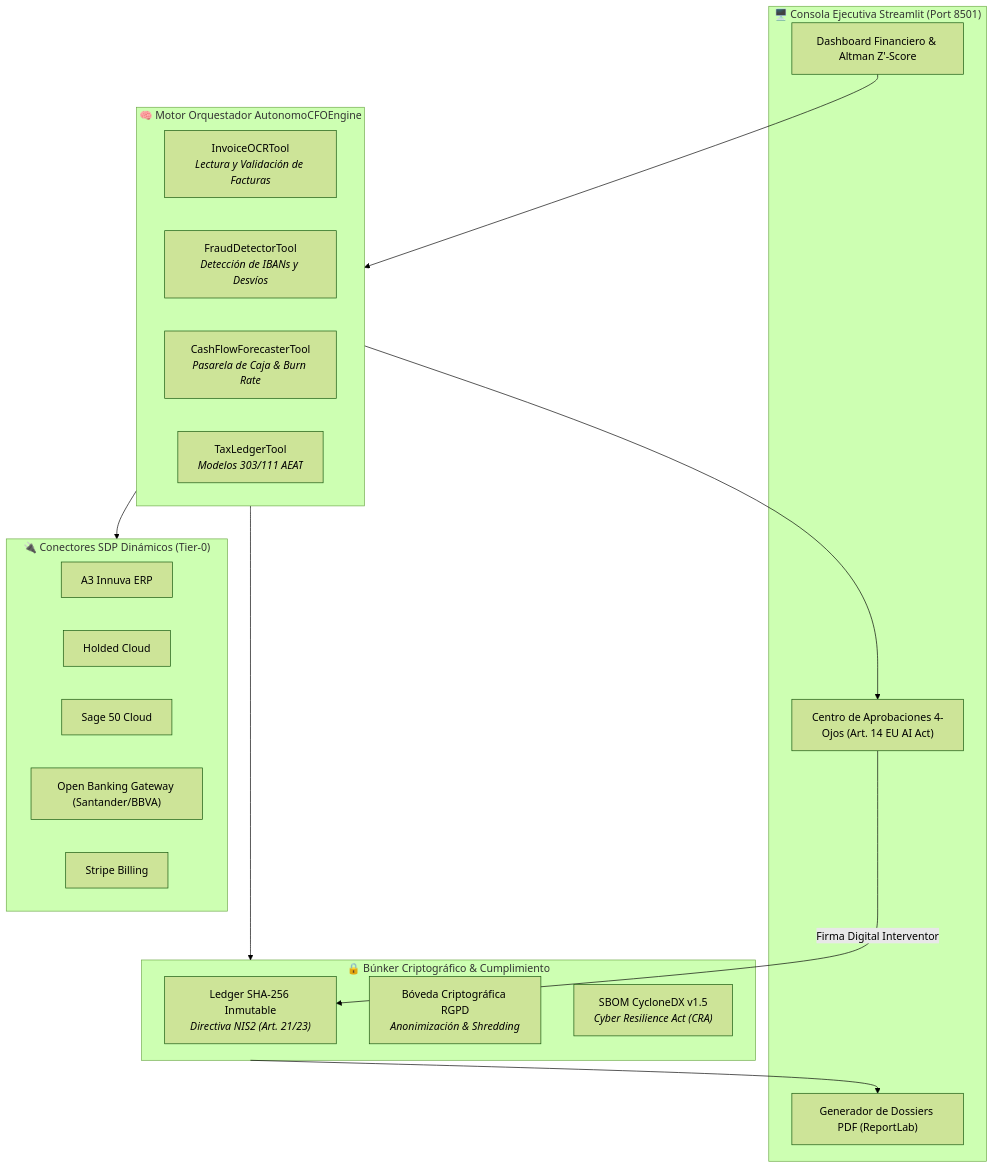
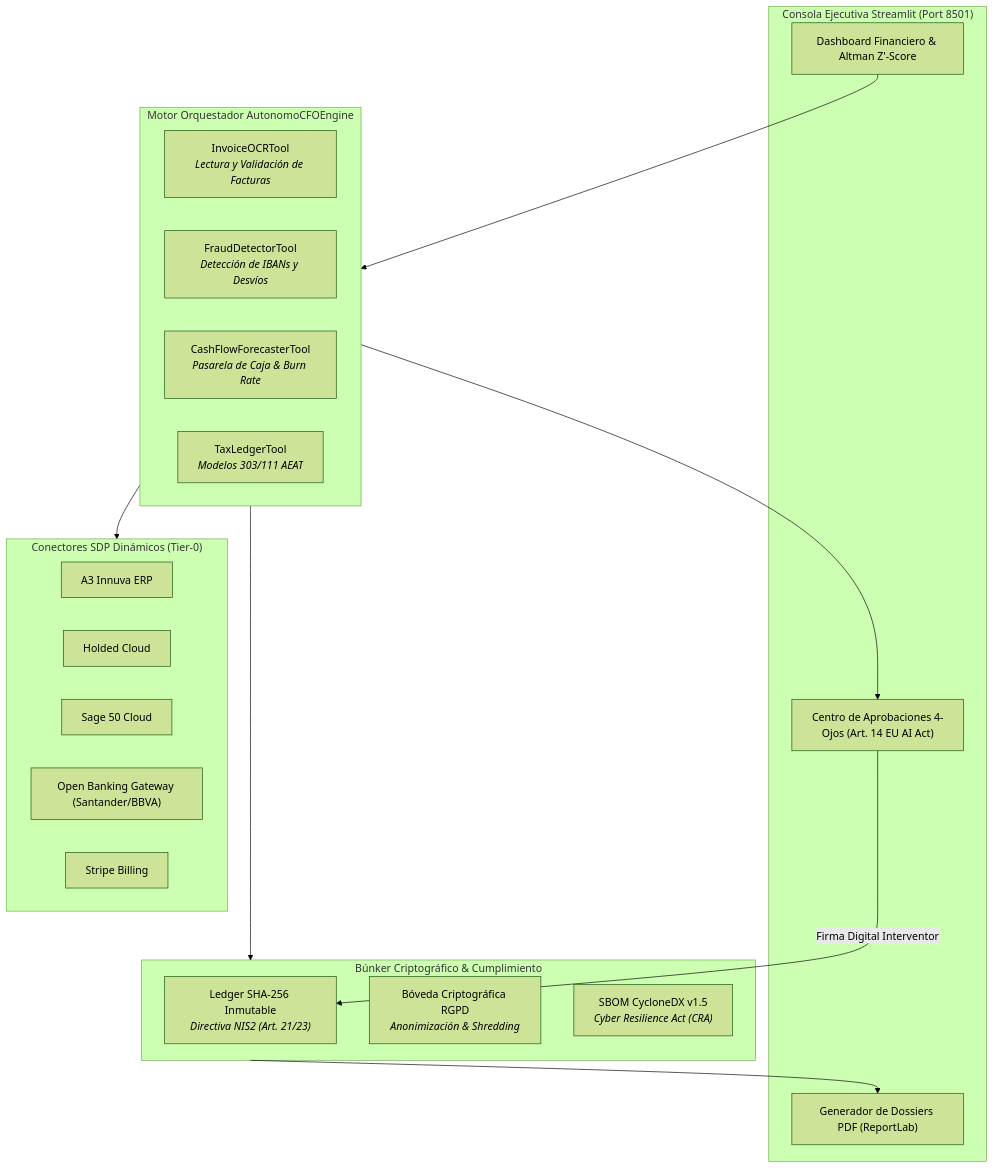
One commit to Tardigrado-76/Capgemini changed the diagram in CFO Director Financiero Autónomo para PYMEs PoC Purgatory/README.md. Above: the diagram before and after it, drawn with Mermaid (forest theme). The commit also changed other lines of this file and 4 other files, not shown here.

Commit message:
docs(cfo): Autonomous CFO 26/26 tests, NIS2/DORA/RGPD/CRA/HITL, zero emojis

````diff
--- a/CFO Director Financiero Autónomo para PYMEs PoC Purgatory/README.md
+++ b/CFO Director Financiero Autónomo para PYMEs PoC Purgatory/README.md
@@ -18,36 +18,36 @@
 ```mermaid
 graph TD
-    subgraph UI ["🖥️ Consola Ejecutiva Streamlit (Port 8501)"]
-        DASH["Dashboard Financiero & Altman Z'-Score"]
-        HITL_UI["Centro de Aprobaciones 4-Ojos (Art. 14 EU AI Act)"]
-        REP["Generador de Dossiers PDF (ReportLab)"]
-    end
+ subgraph UI ["Consola Ejecutiva Streamlit (Port 8501)"]
+ DASH["Dashboard Financiero & Altman Z'-Score"]
+ HITL_UI["Centro de Aprobaciones 4-Ojos (Art. 14 EU AI Act)"]
+ REP["Generador de Dossiers PDF (ReportLab)"]
+ end
 
-    subgraph Core ["🧠 Motor Orquestador AutonomoCFOEngine"]
-        OCR["InvoiceOCRTool<br/><i>Lectura y Validación de Facturas</i>"]
-        FRAUD["FraudDetectorTool<br/><i>Detección de IBANs y Desvíos</i>"]
-        CASH["CashFlowForecasterTool<br/><i>Pasarela de Caja & Burn Rate</i>"]
-        TAX["TaxLedgerTool<br/><i>Modelos 303/111 AEAT</i>"]
-    end
+ subgraph Core ["Motor Orquestador AutonomoCFOEngine"]
+ OCR["InvoiceOCRTool<br/><i>Lectura y Validación de Facturas</i>"]
+ FRAUD["FraudDetectorTool<br/><i>Detección de IBANs y Desvíos</i>"]
+ CASH["CashFlowForecasterTool<br/><i>Pasarela de Caja & Burn Rate</i>"]
+ TAX["TaxLedgerTool<br/><i>Modelos 303/111 AEAT</i>"]
+ end
 
-    subgraph SDP ["🔌 Conectores SDP Dinámicos (Tier-0)"]
-        A3["A3 Innuva ERP"]
-        HOLDED["Holded Cloud"]
-        SAGE["Sage 50 Cloud"]
-        PSD2["Open Banking Gateway (Santander/BBVA)"]
-        STRIPE["Stripe Billing"]
-    end
+ subgraph SDP ["Conectores SDP Dinámicos (Tier-0)"]
+ A3["A3 Innuva ERP"]
+ HOLDED["Holded Cloud"]
+ SAGE["Sage 50 Cloud"]
+ PSD2["Open Banking Gateway (Santander/BBVA)"]
+ STRIPE["Stripe Billing"]
+ end
 
-    subgraph Governance ["🔒 Búnker Criptográfico & Cumplimiento"]
-        LEDGER["Ledger SHA-256 Inmutable<br/><i>Directiva NIS2 (Art. 21/23)</i>"]
-        VAULT["Bóveda Criptográfica RGPD<br/><i>Anonimización & Shredding</i>"]
-        SBOM["SBOM CycloneDX v1.5<br/><i>Cyber Resilience Act (CRA)</i>"]
-    end
+ subgraph Governance ["Búnker Criptográfico & Cumplimiento"]
+ LEDGER["Ledger SHA-256 Inmutable<br/><i>Directiva NIS2 (Art. 21/23)</i>"]
+ VAULT["Bóveda Criptográfica RGPD<br/><i>Anonimización & Shredding</i>"]
+ SBOM["SBOM CycloneDX v1.5<br/><i>Cyber Resilience Act (CRA)</i>"]
+ end
 
-    DASH --> Core
-    Core --> SDP
-    Core --> Governance
-    Core --> HITL_UI
-    HITL_UI -->|Firma Digital Interventor| LEDGER
-    Governance --> REP
+ DASH --> Core
+ Core --> SDP
+ Core --> Governance
+ Core --> HITL_UI
+ HITL_UI -->|Firma Digital Interventor| LEDGER
+ Governance --> REP
 ```
````
